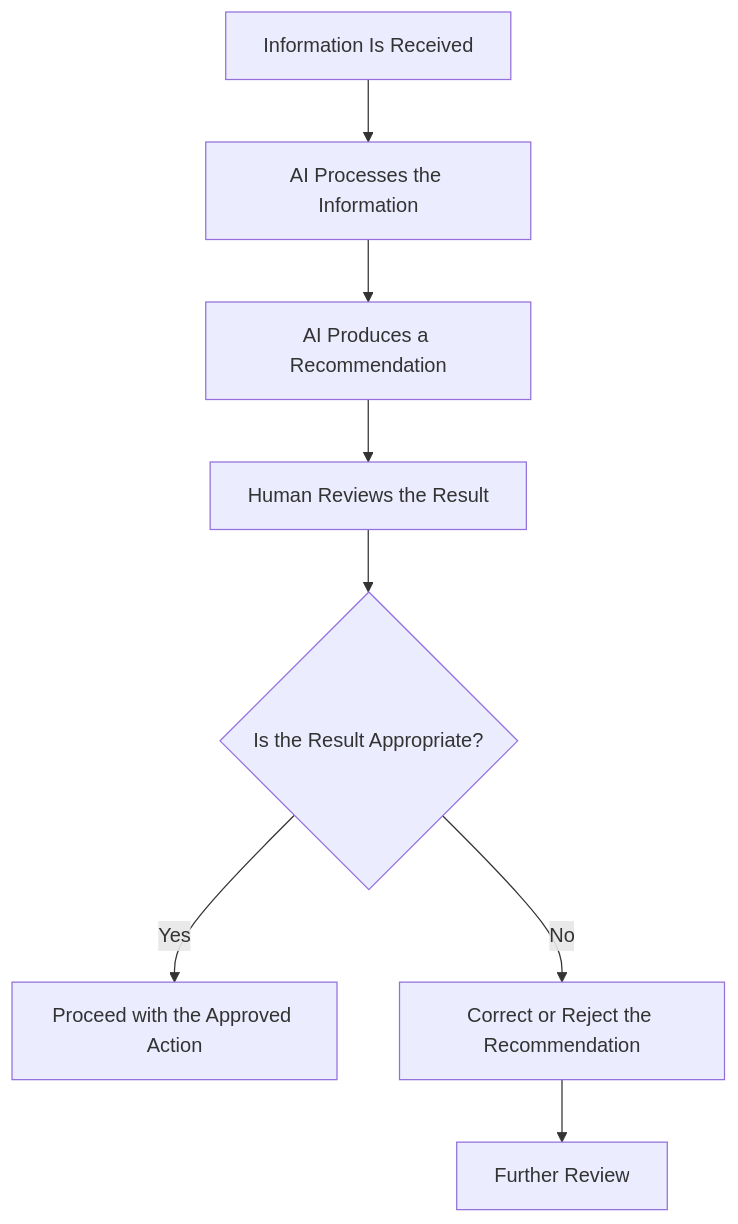
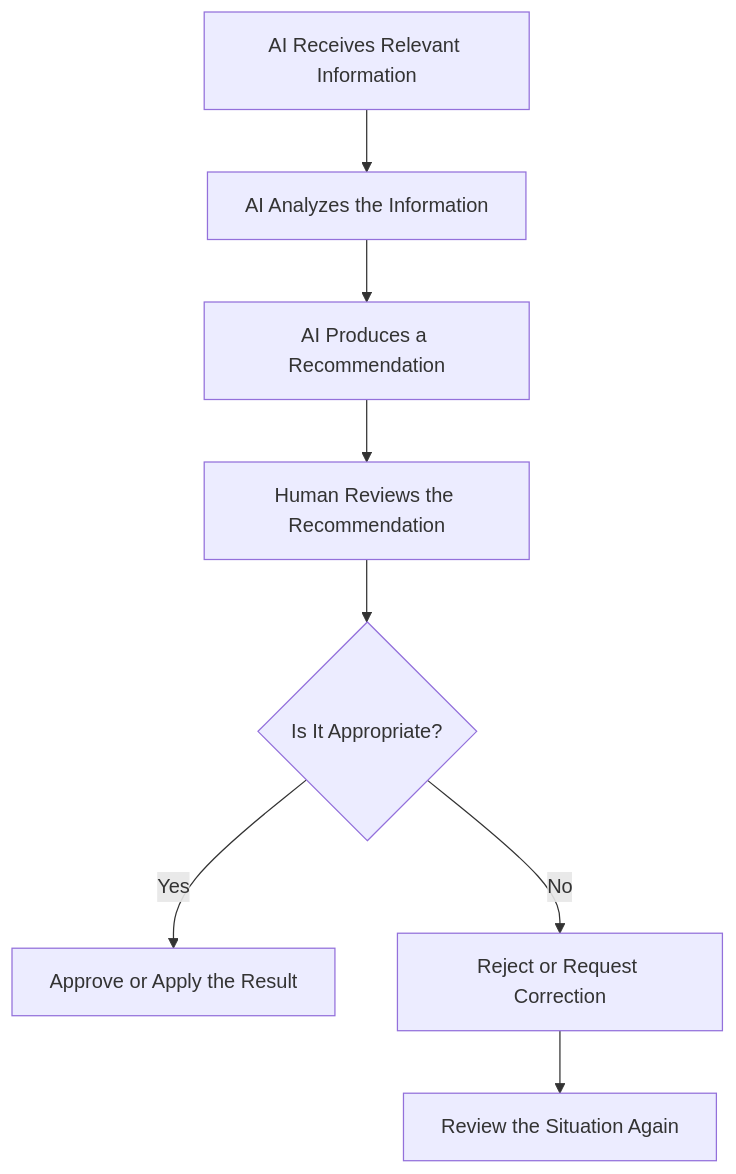
One commit to NicolausLionel/SLN changed the fifth of 6 diagrams in content/05_ethical-and-responsible-use.md. Above: the diagram before and after it, drawn with Mermaid. The commit also changed other lines of this file, not shown here.

````diff
--- a/content/05_ethical-and-responsible-use.md
+++ b/content/05_ethical-and-responsible-use.md
@@ -808,10 +588,10 @@
 ```mermaid
 flowchart TD
-    A["Information Is Received"] --> B["AI Processes the Information"]
-    B --> C["AI Produces a Recommendation"]
-    C --> D["Human Reviews the Result"]
-    D --> E{"Is the Result Appropriate?"}
-    E -->|Yes| F["Proceed with the Approved Action"]
-    E -->|No| G["Correct or Reject the Recommendation"]
-    G --> H["Further Review"]
+    A[AI Receives Relevant Information] --> B[AI Analyzes the Information]
+    B --> C[AI Produces a Recommendation]
+    C --> D[Human Reviews the Recommendation]
+    D --> E{Is It Appropriate?}
+    E -->|Yes| F[Approve or Apply the Result]
+    E -->|No| G[Reject or Request Correction]
+    G --> H[Review the Situation Again]
 ```
````
